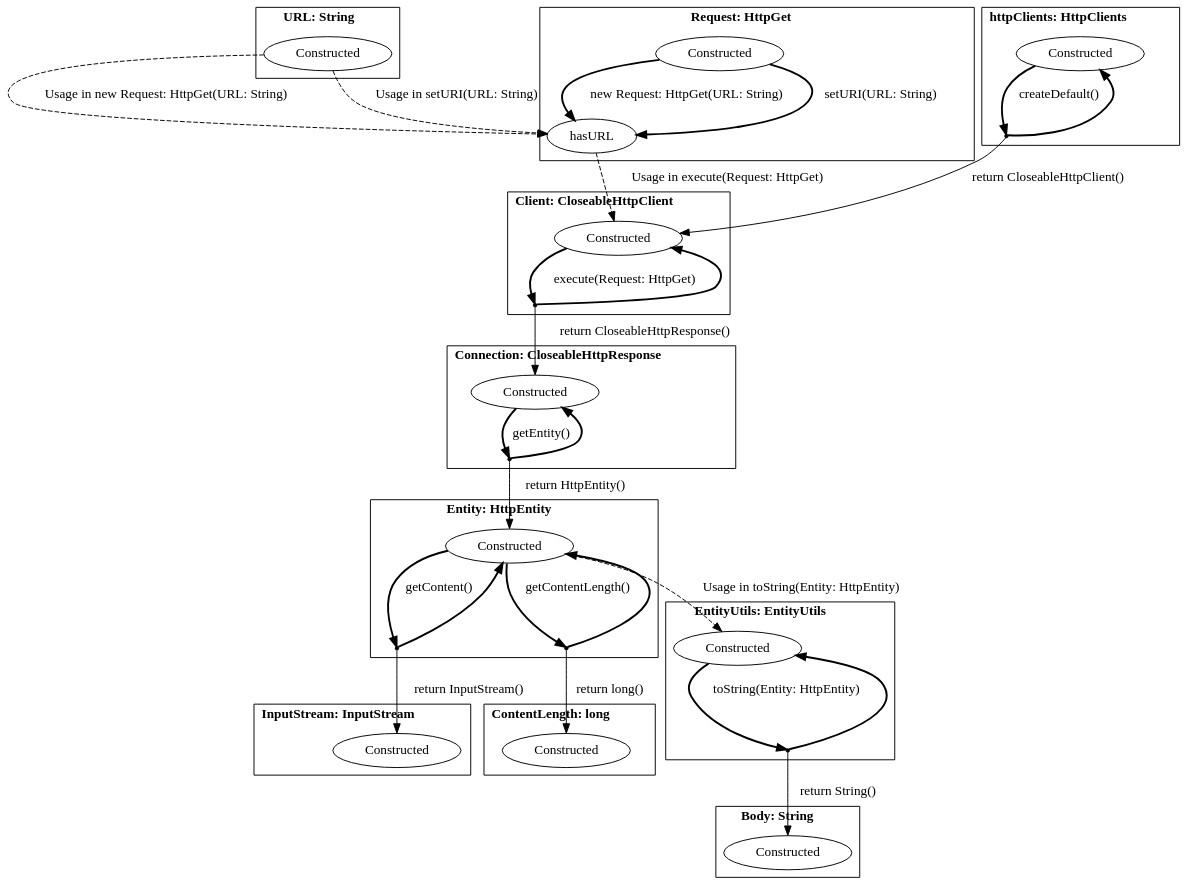
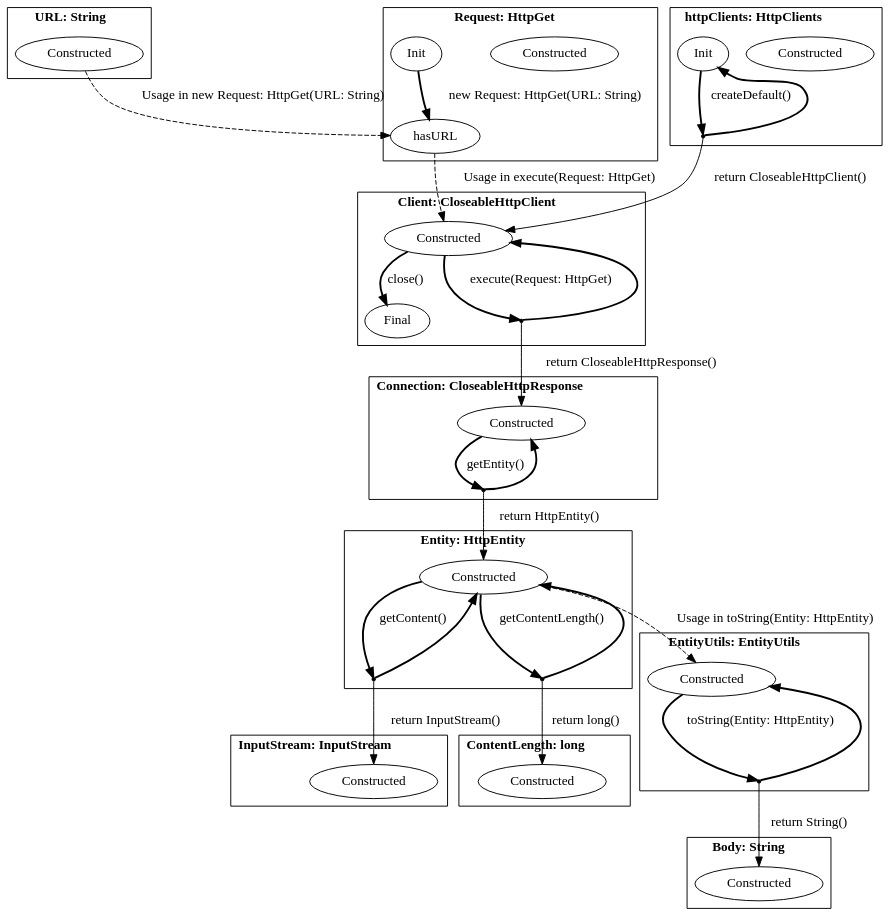
One commit to h31/LibraryMigration changed the diagram in pictures/apache.dot. Above: the diagram before and after it, drawn with Graphviz. The commit also changed 9 other files, not shown here.

Commit message:
Add an ability to migrate code from HttpClient and URLConnection to OkHttp library

```diff
--- a/pictures/apache.dot
+++ b/pictures/apache.dot
@@ -1,74 +1,76 @@
 digraph G {
     bgcolor="transparent";
     subgraph cluster0 {
     label = <<B>URL: String</B>>;
         Constructed_URL [ label="Constructed" ];
     }
     subgraph cluster1 {
     label = <<B>Request: HttpGet</B>>;
         Constructed_Request [ label="Constructed" ];
         hasURL_Request [ label="hasURL" ];
+        Init_Request [ label="Init" ];
     }
     subgraph cluster2 {
     label = <<B>Client: CloseableHttpClient</B>>;
         Constructed_Client [ label="Constructed" ];
+        Final_Client [ label="Final" ];
         virtual0 [ shape = point ];
     }
     subgraph cluster3 {
     label = <<B>Connection: CloseableHttpResponse</B>>;
         Constructed_Connection [ label="Constructed" ];
         virtual1 [ shape = point ];
     }
     subgraph cluster4 {
     label = <<B>Body: String</B>>;
         Constructed_Body [ label="Constructed" ];
     }
     subgraph cluster5 {
     label = <<B>httpClients: HttpClients</B>>;
         Constructed_httpClients [ label="Constructed" ];
+        Init_httpClients [ label="Init" ];
         virtual2 [ shape = point ];
     }
     subgraph cluster6 {
     label = <<B>InputStream: InputStream</B>>;
         Constructed_InputStream [ label="Constructed" ];
     }
     subgraph cluster7 {
     label = <<B>ContentLength: long</B>>;
         Constructed_ContentLength [ label="Constructed" ];
     }
     subgraph cluster8 {
     label = <<B>Entity: HttpEntity</B>>;
         Constructed_Entity [ label="Constructed" ];
         virtual3 [ shape = point ];
         virtual4 [ shape = point ];
     }
     subgraph cluster9 {
     label = <<B>EntityUtils: EntityUtils</B>>;
         Constructed_EntityUtils [ label="Constructed" ];
         virtual5 [ shape = point ];
     }
         Constructed_URL -> hasURL_Request [ label="Usage in new Request: HttpGet(URL: String)", style = "dashed"  ];
-        Constructed_URL -> hasURL_Request [ label="Usage in setURI(URL: String)", style = "dashed"  ];
-        Constructed_Request -> hasURL_Request [ label="new Request: HttpGet(URL: String)", style = "bold"  ];
-        Constructed_Request -> hasURL_Request [ label="setURI(URL: String)", style = "bold"  ];
+        Init_Request -> hasURL_Request [ label="new Request: HttpGet(URL: String)", style = "bold"  ];
         hasURL_Request -> Constructed_Client [ label="Usage in execute(Request: HttpGet)", style = "dashed"  ];
         Constructed_Client -> virtual0 [ style = "bold" label="execute(Request: HttpGet)"  ];
         virtual0 -> Constructed_Client [ style = "bold"  ];
         virtual0 -> Constructed_Connection [ label="return CloseableHttpResponse()"  ];
+        Constructed_Client -> Final_Client [ label="close()", style = "bold"  ];
         Constructed_Connection -> virtual1 [ style = "bold" label="getEntity()"  ];
         virtual1 -> Constructed_Connection [ style = "bold"  ];
         virtual1 -> Constructed_Entity [ label="return HttpEntity()"  ];
-        Constructed_httpClients -> virtual2 [ style = "bold" label="createDefault()"  ];
-        virtual2 -> Constructed_httpClients [ style = "bold"  ];
+        Init_httpClients -> virtual2 [ style = "bold" label="createDefault()"  ];
+        virtual2 -> Init_httpClients [ style = "bold"  ];
         virtual2 -> Constructed_Client [ label="return CloseableHttpClient()"  ];
         Constructed_Entity -> Constructed_EntityUtils [ label="Usage in toString(Entity: HttpEntity)", style = "dashed"  ];
         Constructed_Entity -> virtual3 [ style = "bold" label="getContent()"  ];
         virtual3 -> Constructed_Entity [ style = "bold"  ];
         virtual3 -> Constructed_InputStream [ label="return InputStream()"  ];
         Constructed_Entity -> virtual4 [ style = "bold" label="getContentLength()"  ];
         virtual4 -> Constructed_Entity [ style = "bold"  ];
         virtual4 -> Constructed_ContentLength [ label="return long()"  ];
         Constructed_EntityUtils -> virtual5 [ style = "bold" label="toString(Entity: HttpEntity)"  ];
         virtual5 -> Constructed_EntityUtils [ style = "bold"  ];
         virtual5 -> Constructed_Body [ label="return String()"  ];
 }
```
